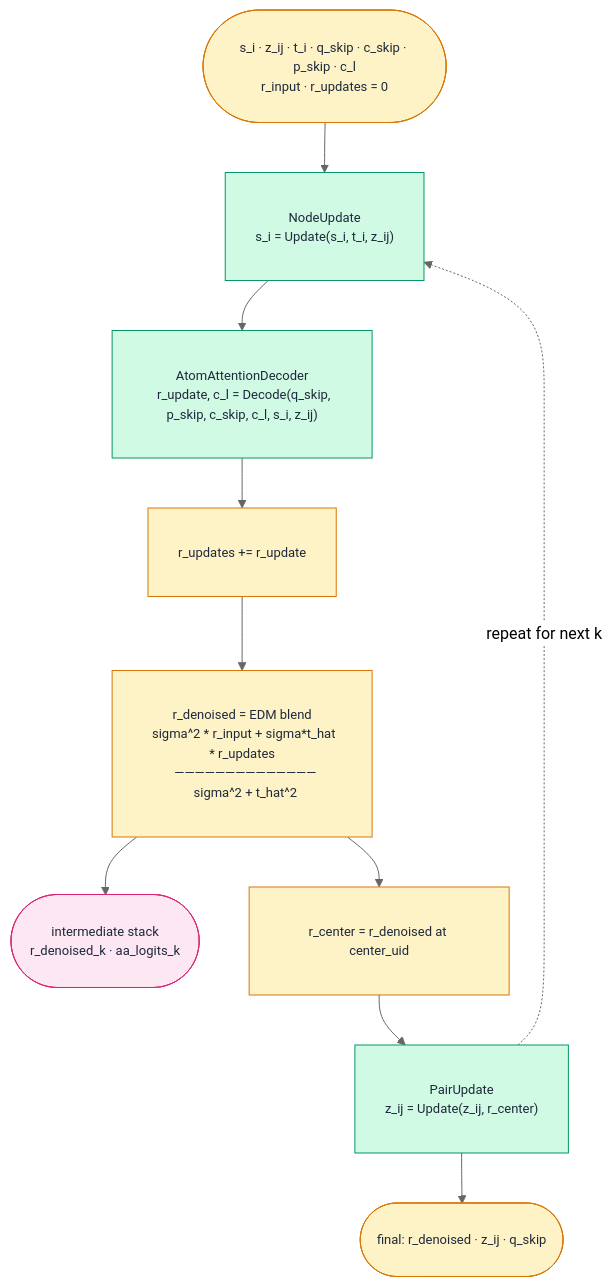
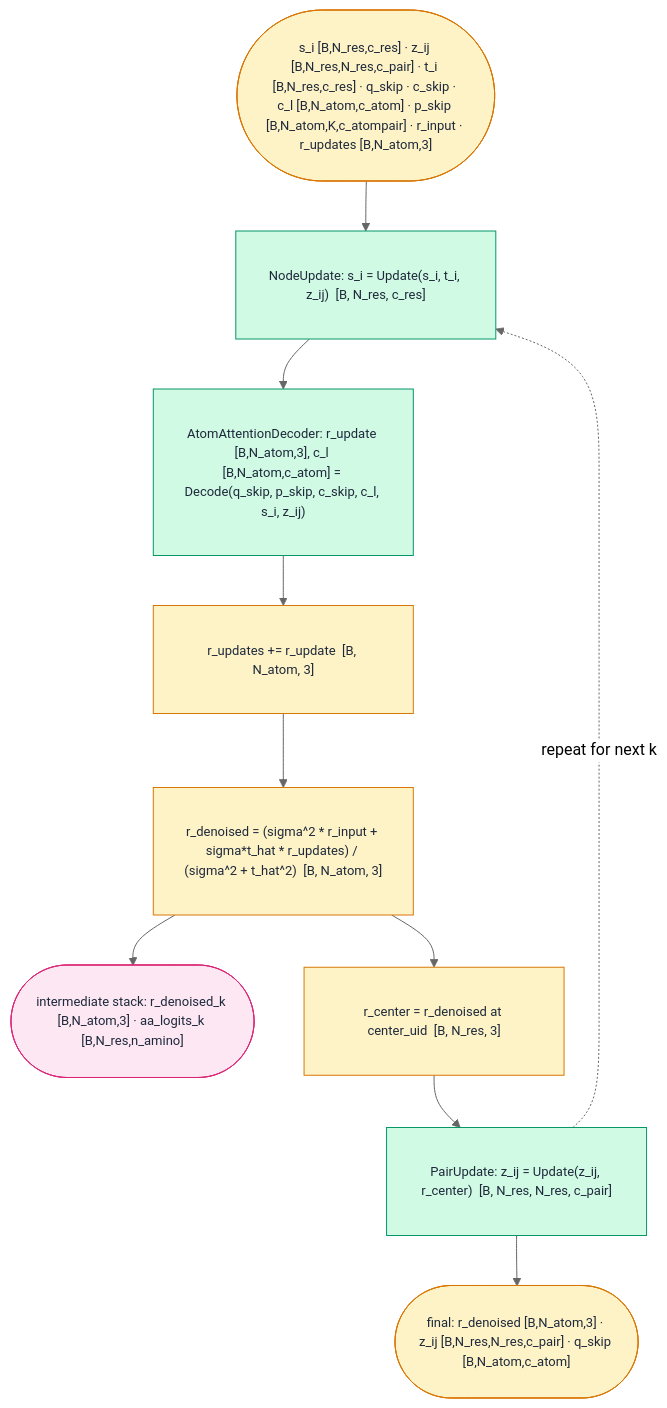
The second of 3 diagrams in docs/architecture.rst (tmatteso/diffusion), drawn with Mermaid (neutral theme) before and after one commit. The commit also changed other lines of this file and 4 other files, not shown here.

Commit message:
further mermaid plot revisions

```diff
--- a/docs/architecture.rst
+++ b/docs/architecture.rst
@@ -72,19 +72,19 @@
 .. mermaid::
 
    flowchart TD
        classDef proc fill:#d1fae5,stroke:#059669,color:#1e293b,font-size:13px,padding:8px
        classDef acc  fill:#fef3c7,stroke:#d97706,color:#1e293b,font-size:13px,padding:8px
        classDef out  fill:#fce7f3,stroke:#db2777,color:#1e293b,font-size:13px,padding:8px
 
-       IN(["s_i · z_ij · t_i · q_skip · c_skip · p_skip · c_l\nr_input · r_updates = 0"]):::acc
+       IN(["s_i [B,N_res,c_res] · z_ij [B,N_res,N_res,c_pair] · t_i [B,N_res,c_res] · q_skip · c_skip · c_l [B,N_atom,c_atom] · p_skip [B,N_atom,K,c_atompair] · r_input · r_updates [B,N_atom,3]"]):::acc
 
-       IN  --> NU["NodeUpdate\n  s_i = Update(s_i, t_i, z_ij)"]:::proc
-       NU  --> AD["AtomAttentionDecoder\n  r_update, c_l = Decode(q_skip, p_skip, c_skip, c_l, s_i, z_ij)"]:::proc
-       AD  --> RU["r_updates += r_update"]:::acc
-       RU  --> RD["r_denoised = EDM blend\n  sigma^2 * r_input + sigma*t_hat * r_updates\n  ——————————————\n  sigma^2 + t_hat^2"]:::acc
-       RD  --> IH(["intermediate stack\n  r_denoised_k · aa_logits_k"]):::out
-       RD  --> RC["r_center = r_denoised at center_uid"]:::acc
-       RC  --> PU["PairUpdate\n  z_ij = Update(z_ij, r_center)"]:::proc
+       IN  --> NU["NodeUpdate: s_i = Update(s_i, t_i, z_ij)  [B, N_res, c_res]"]:::proc
+       NU  --> AD["AtomAttentionDecoder: r_update [B,N_atom,3], c_l [B,N_atom,c_atom] = Decode(q_skip, p_skip, c_skip, c_l, s_i, z_ij)"]:::proc
+       AD  --> RU["r_updates += r_update  [B, N_atom, 3]"]:::acc
+       RU  --> RD["r_denoised = (sigma^2 * r_input + sigma*t_hat * r_updates) / (sigma^2 + t_hat^2)  [B, N_atom, 3]"]:::acc
+       RD  --> IH(["intermediate stack: r_denoised_k [B,N_atom,3] · aa_logits_k [B,N_res,n_amino]"]):::out
+       RD  --> RC["r_center = r_denoised at center_uid  [B, N_res, 3]"]:::acc
+       RC  --> PU["PairUpdate: z_ij = Update(z_ij, r_center)  [B, N_res, N_res, c_pair]"]:::proc
        PU  -.->|"repeat for next k"| NU
 
-       PU  --> FN(["final: r_denoised · z_ij · q_skip"]):::acc
+       PU  --> FN(["final: r_denoised [B,N_atom,3] · z_ij [B,N_res,N_res,c_pair] · q_skip [B,N_atom,c_atom]"]):::acc
```
